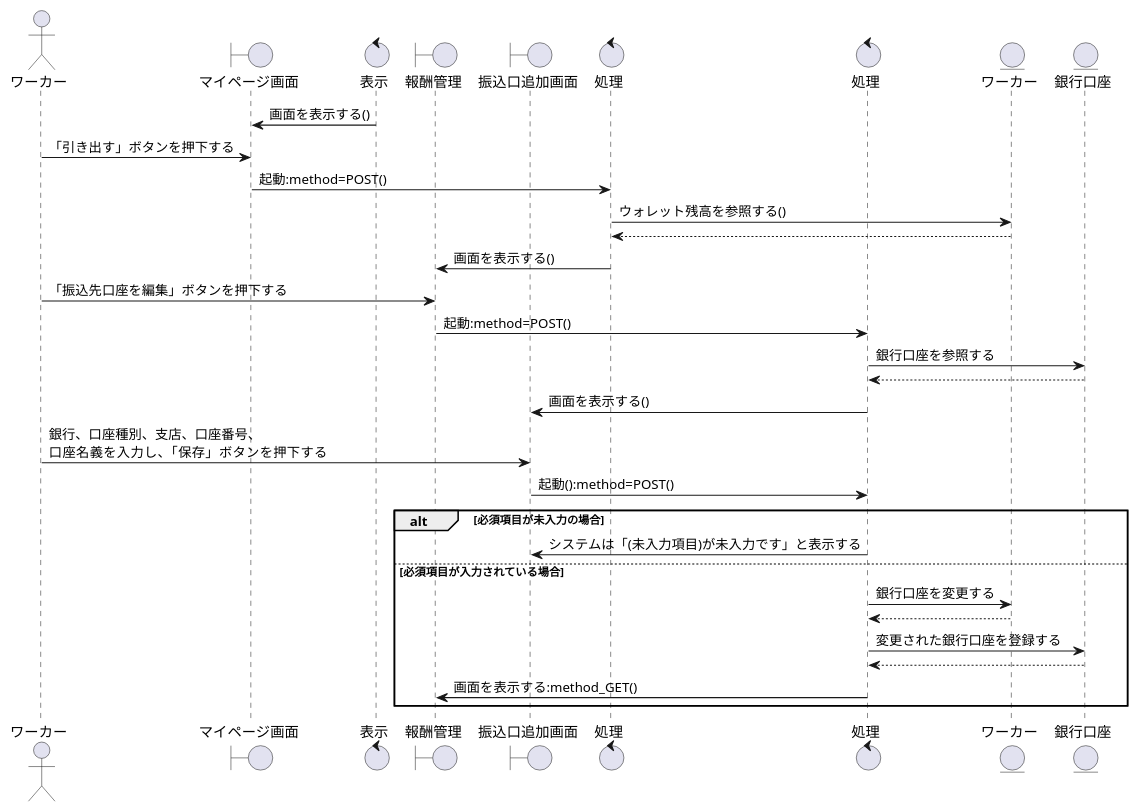
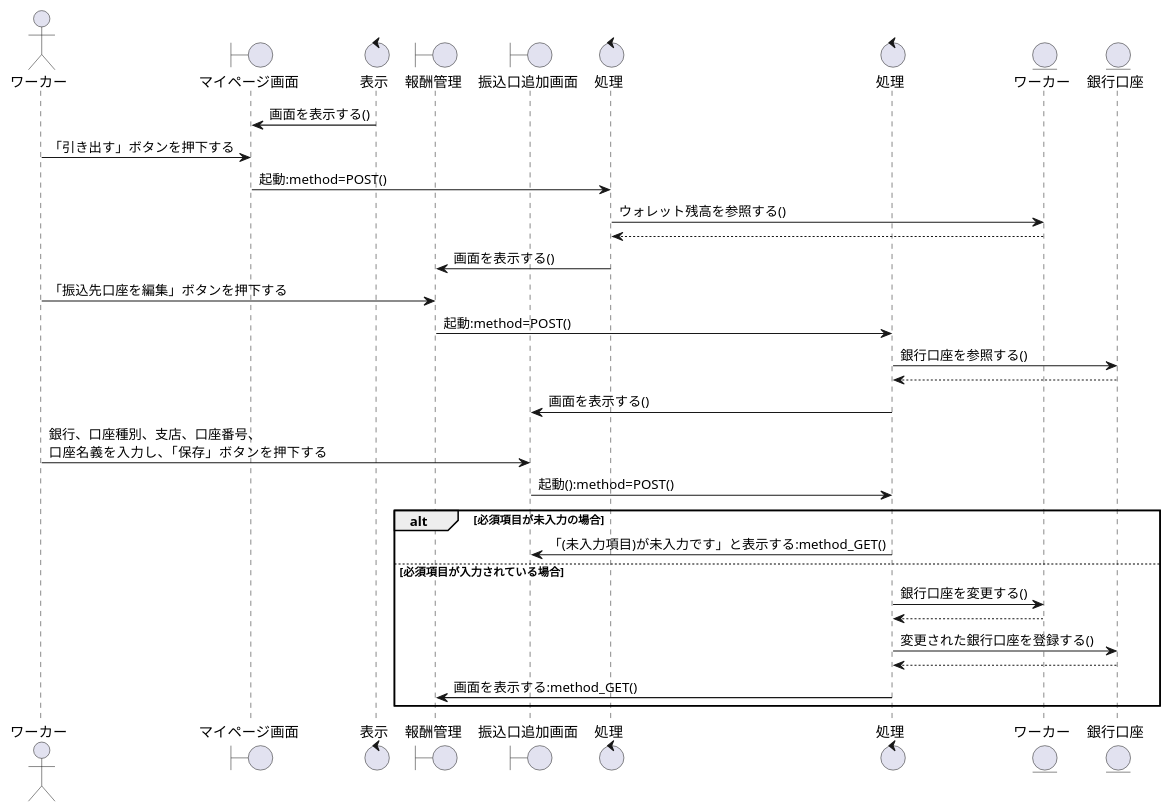
The diagram in sequence_fig/7_acconts_fn/05_口座の編集をする.pu (irukacb256/high_Me), drawn with PlantUML before and after one commit. The commit also changed 26 other files, not shown here.

```diff
--- a/sequence_fig/7_acconts_fn/05_口座の編集をする.pu
+++ b/sequence_fig/7_acconts_fn/05_口座の編集をする.pu
@@ -1,45 +1,45 @@
 @startuml 口座の編集をする
 
 actor ワーカー as wo1
 
 boundary マイページ画面 as bo1
 
 boundary 報酬管理 as bo1
 control 表示 as co1
 boundary 報酬管理 as bo2
 boundary 振込口追加画面 as bo3
 
 control 処理 as co2
 control 処理 as co3
 
 entity ワーカー as en1
 entity 銀行口座 as en2
 
 co1 -> bo1: 画面を表示する()
 wo1 -> bo1:「引き出す」ボタンを押下する
 bo1 -> co2: 起動:method=POST()
 co2 -> en1: ウォレット残高を参照する()
 en1 --> co2
 
 co2 -> bo2: 画面を表示する()
 wo1 -> bo2:「振込先口座を編集」ボタンを押下する
 bo2 -> co3: 起動:method=POST()
-co3 -> en2: 銀行口座を参照する
+co3 -> en2: 銀行口座を参照する()
 co3 <-- en2
 co3 -> bo3: 画面を表示する() 
 wo1 -> bo3:銀行、口座種別、支店、口座番号、\n口座名義を入力し、「保存」ボタンを押下する
 bo3 -> co3:起動():method=POST()
 
 alt 必須項目が未入力の場合
-    co3 -> bo3:システムは「(未入力項目)が未入力です」と表示する
+    co3 -> bo3:「(未入力項目)が未入力です」と表示する:method_GET()
 
 else 必須項目が入力されている場合
-    co3 -> en1: 銀行口座を変更する  
+    co3 -> en1: 銀行口座を変更する()  
     co3 <-- en1
-    co3 -> en2 : 変更された銀行口座を登録する
+    co3 -> en2 : 変更された銀行口座を登録する()
     co3 <-- en2
     co3 -> bo2:画面を表示する:method_GET()
 
 end
 
 @enduml
```
